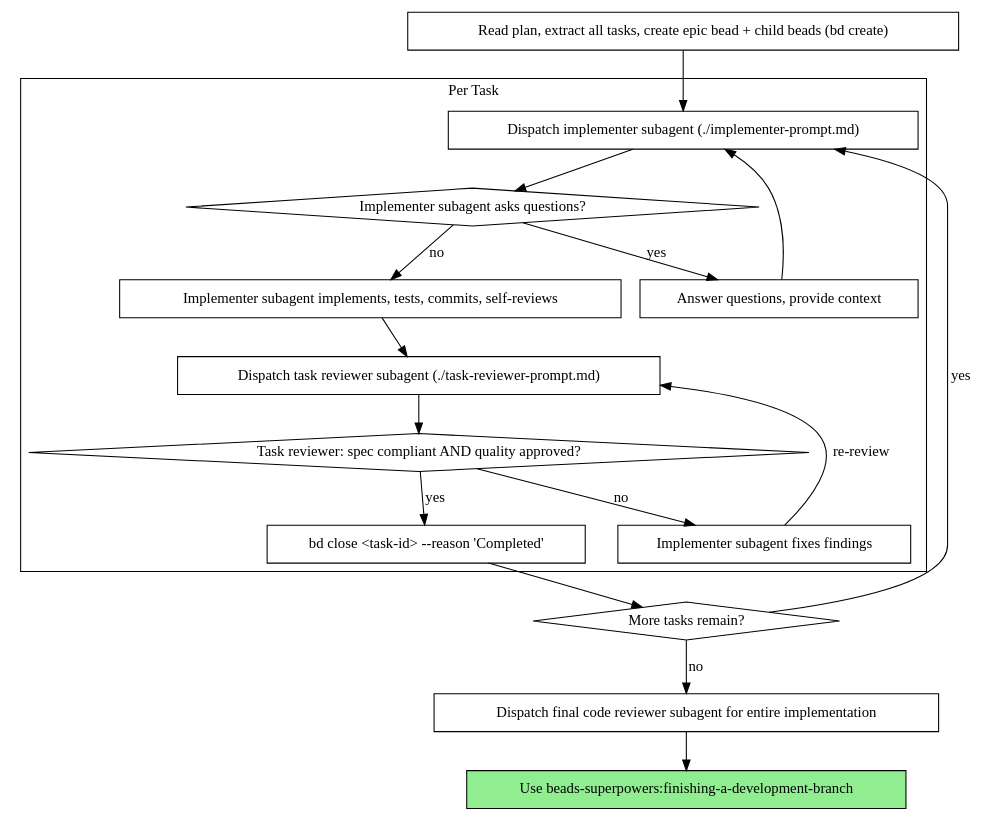
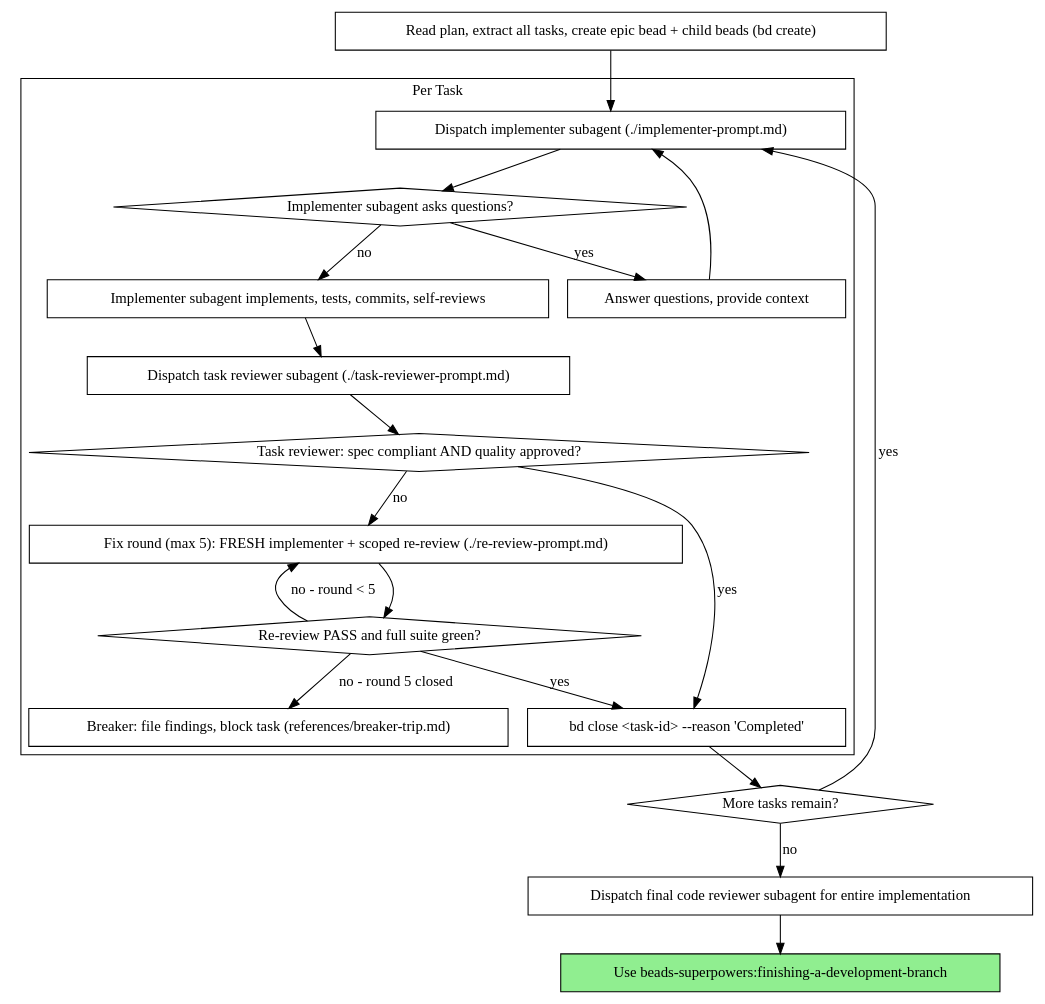
Before and after one commit to strider4560/beads-superpowers: the second of 3 diagrams in skills/subagent-driven-development/SKILL.md, drawn with Graphviz. The commit also changed other lines of this file and 1 other file, not shown here.

Commit message:
fix: align SDD process graph and example with bounded fix rounds (beads-superpowers-vctf4.9)

````diff
--- a/skills/subagent-driven-development/SKILL.md
+++ b/skills/subagent-driven-development/SKILL.md
@@ -55,37 +55,42 @@
 ```dot
 digraph process {
     rankdir=TB;
 
     subgraph cluster_per_task {
         label="Per Task";
         "Dispatch implementer subagent (./implementer-prompt.md)" [shape=box];
         "Implementer subagent asks questions?" [shape=diamond];
         "Answer questions, provide context" [shape=box];
         "Implementer subagent implements, tests, commits, self-reviews" [shape=box];
         "Dispatch task reviewer subagent (./task-reviewer-prompt.md)" [shape=box];
         "Task reviewer: spec compliant AND quality approved?" [shape=diamond];
-        "Implementer subagent fixes findings" [shape=box];
+        "Fix round (max 5): FRESH implementer + scoped re-review (./re-review-prompt.md)" [shape=box];
+        "Re-review PASS and full suite green?" [shape=diamond];
+        "Breaker: file findings, block task (references/breaker-trip.md)" [shape=box];
         "bd close <task-id> --reason 'Completed'" [shape=box];
     }
 
     "Read plan, extract all tasks, create epic bead + child beads (bd create)" [shape=box];
     "More tasks remain?" [shape=diamond];
     "Dispatch final code reviewer subagent for entire implementation" [shape=box];
     "Use beads-superpowers:finishing-a-development-branch" [shape=box style=filled fillcolor=lightgreen];
 
     "Read plan, extract all tasks, create epic bead + child beads (bd create)" -> "Dispatch implementer subagent (./implementer-prompt.md)";
     "Dispatch implementer subagent (./implementer-prompt.md)" -> "Implementer subagent asks questions?";
     "Implementer subagent asks questions?" -> "Answer questions, provide context" [label="yes"];
     "Answer questions, provide context" -> "Dispatch implementer subagent (./implementer-prompt.md)";
     "Implementer subagent asks questions?" -> "Implementer subagent implements, tests, commits, self-reviews" [label="no"];
     "Implementer subagent implements, tests, commits, self-reviews" -> "Dispatch task reviewer subagent (./task-reviewer-prompt.md)";
     "Dispatch task reviewer subagent (./task-reviewer-prompt.md)" -> "Task reviewer: spec compliant AND quality approved?";
-    "Task reviewer: spec compliant AND quality approved?" -> "Implementer subagent fixes findings" [label="no"];
-    "Implementer subagent fixes findings" -> "Dispatch task reviewer subagent (./task-reviewer-prompt.md)" [label="re-review"];
+    "Task reviewer: spec compliant AND quality approved?" -> "Fix round (max 5): FRESH implementer + scoped re-review (./re-review-prompt.md)" [label="no"];
+    "Fix round (max 5): FRESH implementer + scoped re-review (./re-review-prompt.md)" -> "Re-review PASS and full suite green?";
+    "Re-review PASS and full suite green?" -> "bd close <task-id> --reason 'Completed'" [label="yes"];
+    "Re-review PASS and full suite green?" -> "Fix round (max 5): FRESH implementer + scoped re-review (./re-review-prompt.md)" [label="no - round < 5"];
+    "Re-review PASS and full suite green?" -> "Breaker: file findings, block task (references/breaker-trip.md)" [label="no - round 5 closed"];
     "Task reviewer: spec compliant AND quality approved?" -> "bd close <task-id> --reason 'Completed'" [label="yes"];
     "bd close <task-id> --reason 'Completed'" -> "More tasks remain?";
     "More tasks remain?" -> "Dispatch implementer subagent (./implementer-prompt.md)" [label="yes"];
     "More tasks remain?" -> "Dispatch final code reviewer subagent for entire implementation" [label="no"];
     "Dispatch final code reviewer subagent for entire implementation" -> "Use beads-superpowers:finishing-a-development-branch";
 }
 ```
````
